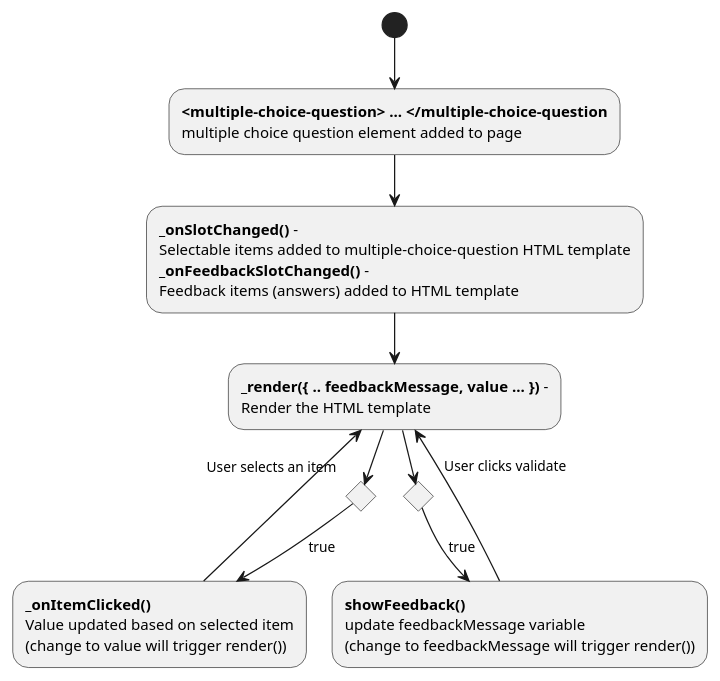
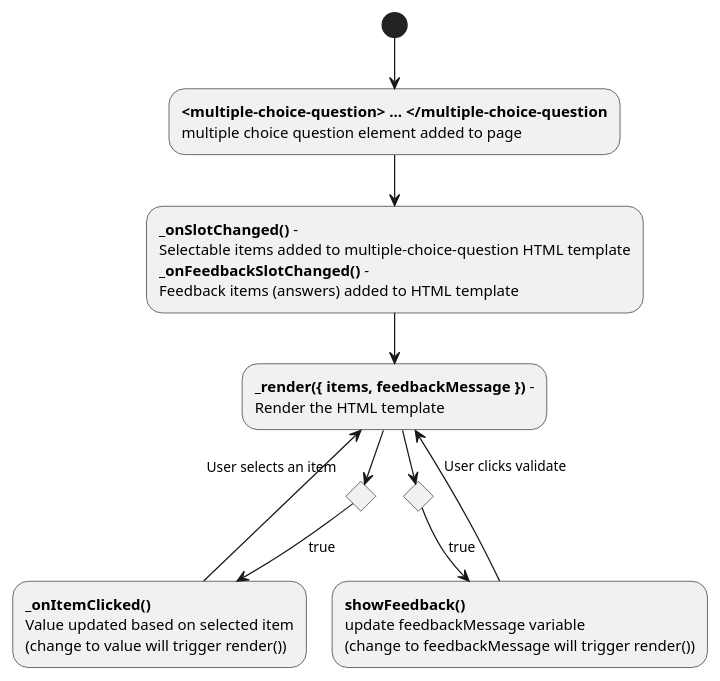
Before and after one commit to lulzzz/mtl-assessment-components: the diagram in packages/multiple-choice/UML/process-diagram.wsd, drawn with PlantUML. The commit also changed 3 other files, not shown here.

Commit message:
updated multiple choice question uml

```diff
--- a/packages/multiple-choice/UML/process-diagram.wsd
+++ b/packages/multiple-choice/UML/process-diagram.wsd
@@ -9,31 +9,31 @@
 @startuml multiple-choice-question-process-diagram
          
 (*) --> "<b><multiple-choice-question> ... </multiple-choice-question</b>
         multiple choice question element added to page
         "  
 
     --> "<b>_onSlotChanged()</b> - 
          Selectable items added to multiple-choice-question HTML template
          <b>_onFeedbackSlotChanged()</b> - 
          Feedback items (answers) added to HTML template
          " as init
 
-    -->  "<b>_render({ .. feedbackMessage, value ... })</b> - 
+    -->  "<b>_render({ items, feedbackMessage })</b> - 
          Render the HTML template
          " as render
 
 if "User selects an item" then
   -->[true] "<b>_onItemClicked()</b>
              Value updated based on selected item
              (change to value will trigger render())"
     --> render
 endif
 
 if "User clicks validate" then
   -->[true] "<b>showFeedback()</b>
     update feedbackMessage variable
     (change to feedbackMessage will trigger render())"
     --> render
 endif
 
 @enduml
```
